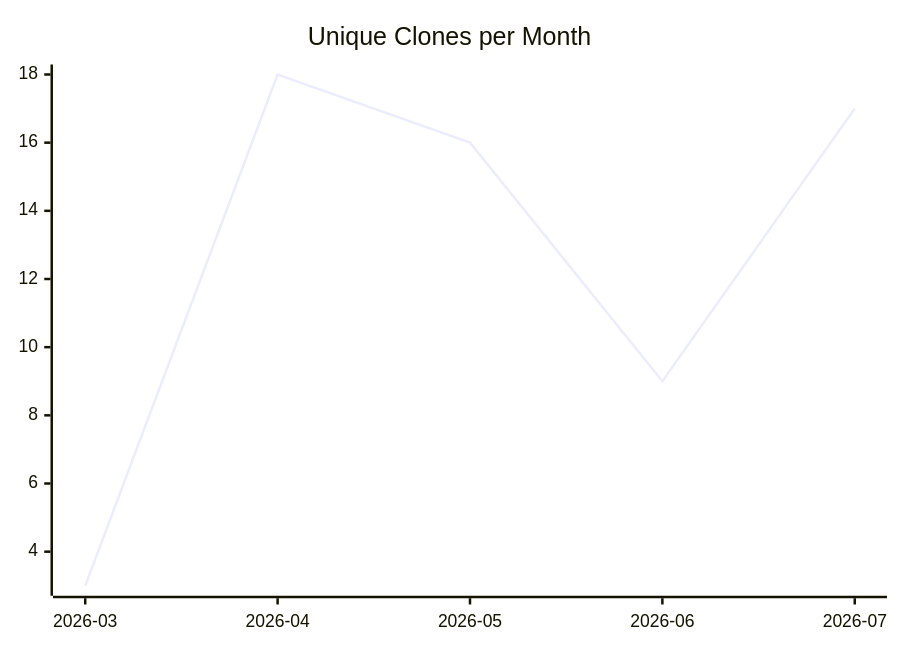
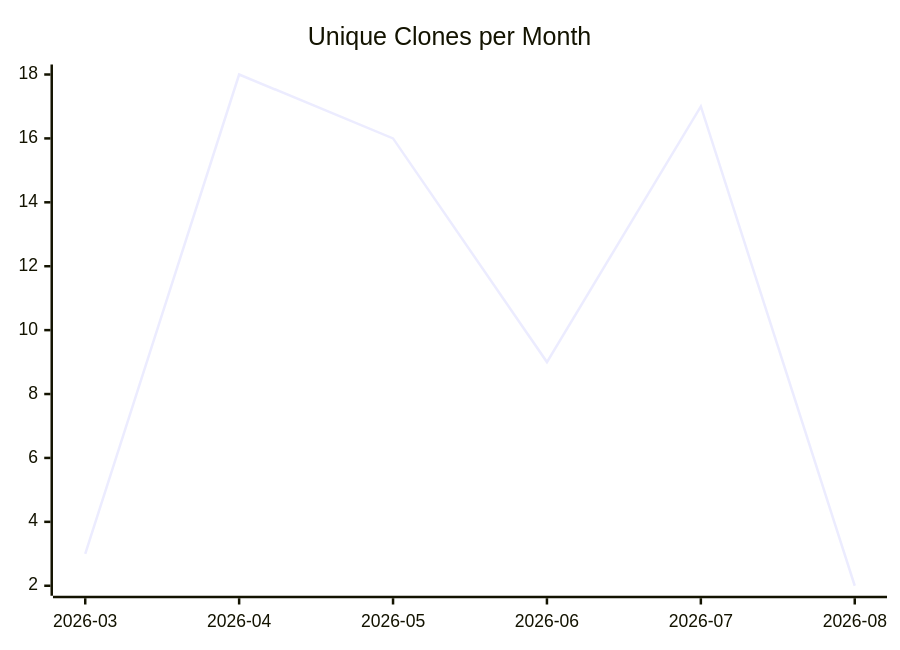
One commit to justdavis-family/github-analytics-data changed the third of 3 diagrams in karlmdavis/jessentials/README.md. Above: the diagram before and after it, drawn with Mermaid. The commit also changed other lines of this file and 180 other files, not shown here.

````diff
--- a/karlmdavis/jessentials/README.md
+++ b/karlmdavis/jessentials/README.md
@@ -19,6 +19,6 @@
 ```mermaid
 xychart-beta
   title "Unique Clones per Month"
-  x-axis ["2026-03", "2026-04", "2026-05", "2026-06", "2026-07"]
-  line [3, 18, 16, 9, 17]
+  x-axis ["2026-03", "2026-04", "2026-05", "2026-06", "2026-07", "2026-08"]
+  line [3, 18, 16, 9, 17, 2]
 ```
````
